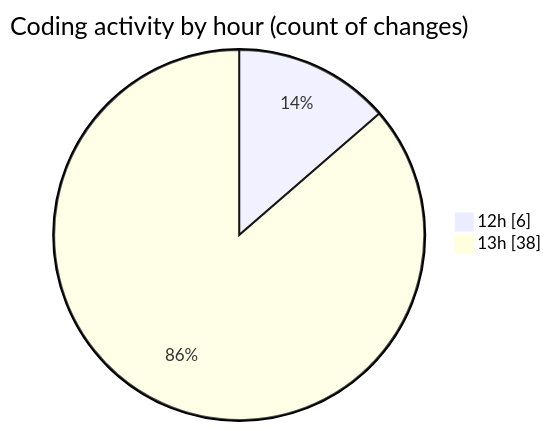
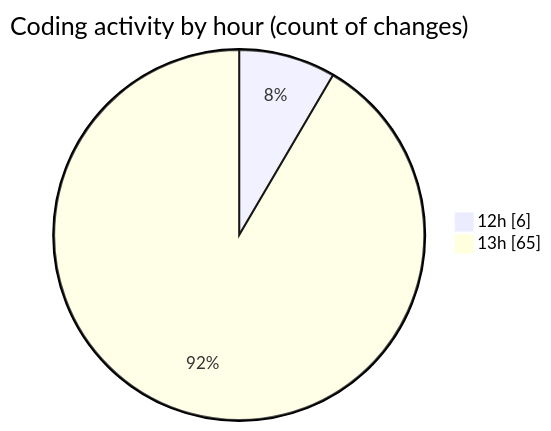
The second of 2 diagrams in 2025-10-19/typescript/README.md (Ritupan-Deka/code-tracking), drawn with Mermaid before and after one commit. The commit also changed other lines of this file and 1 other file, not shown here.

````diff
--- a/2025-10-19/typescript/README.md
+++ b/2025-10-19/typescript/README.md
@@ -29,6 +29,6 @@
 ```mermaid
 pie showData
 title Coding activity by hour (count of changes)
 "12h" : 6
-"13h" : 38
+"13h" : 65
 ```
````
